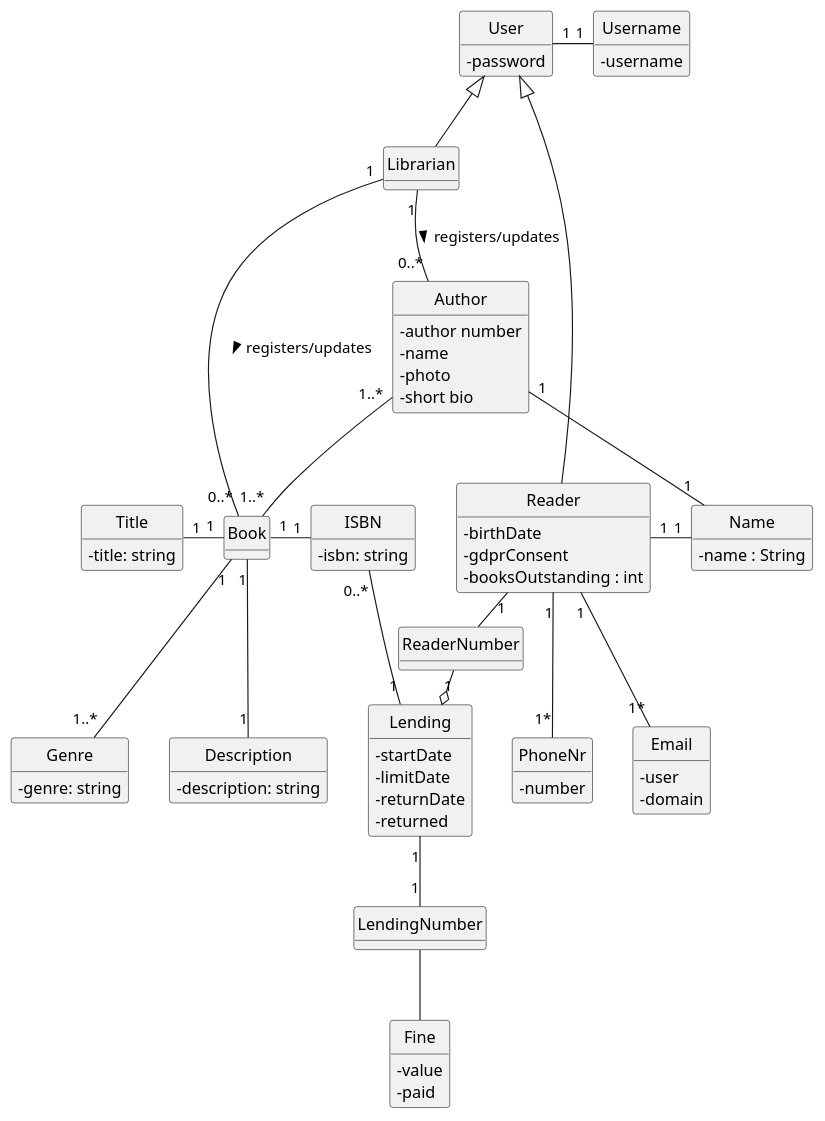
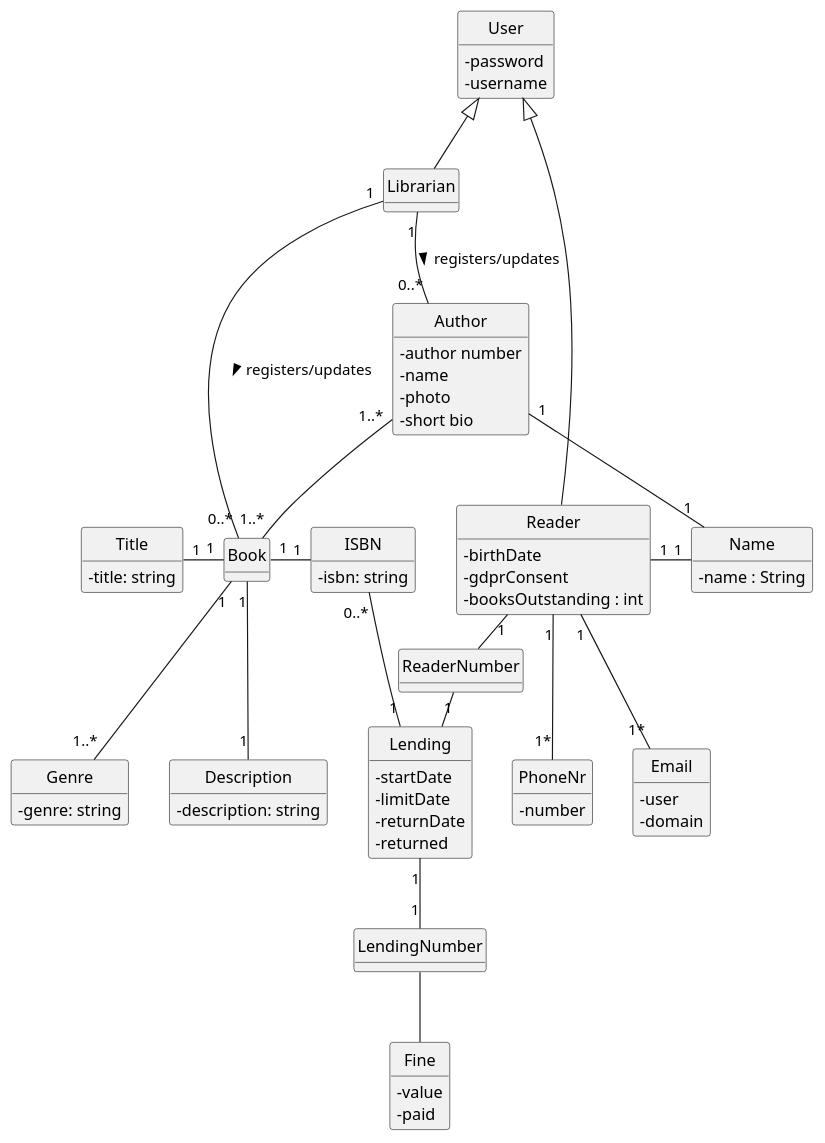
The diagram in Docs/GlobalArtifacts/DomainModel.puml (rutemf/1220944_1220772_G01), drawn with PlantUML before and after one commit. The commit also changed 9 other files, not shown here.

```diff
--- a/Docs/GlobalArtifacts/DomainModel.puml
+++ b/Docs/GlobalArtifacts/DomainModel.puml
@@ -1,108 +1,106 @@
 @startuml
 'https://plantuml.com/class-diagram
 skinparam classAttributeIconSize 0
 hide circle
 hide methods
 
 class User{
     - password
+    - username
+
 }
 
-class Username{
-    - username
-}
 
 class Librarian extends User{
 }
 
 class ISBN{
 /'temos que implementar alguma validação?'/
 /'https://en.wikipedia.org/wiki/ISBN'/
     - isbn: string
 }
 
 class Title{
 /'regras?'/
     - title: string
 }
 
 class Genre{
 /'escolhido de uma lista?'/
     - genre: string
 }
 
 class Description{
 /'limite de caractéres?'/
     - description: string
 }
 
 class Book {
 }
 
 class Author {
     - author number
     - name
     - photo
     - short bio
     /'perguntar '/
    }
 
 class Reader extends User{
     - birthDate /'limite inferior/superior? '/
     - gdprConsent /'que implicações tem?'/
     - booksOutstanding : int /'TODO: Perguntar se faz sentido contar no Reader'/
 }
 
 class ReaderNumber {
 }
 
 class Lending {
     - startDate
     - limitDate
     - returnDate
     - returned
 }
 
 class Fine {
     - value
     - paid
 }
 
 class LendingNumber
 
 
 class PhoneNr {
 /'como fazer a validação?'/
     - number
 }
 
 class Email {
     /'perguntar se o domínio tem que ser validado?'/
     /'há domínios restritos?'/
     - user
     - domain
 }
 
 class Name {
     - name : String
 }
 
 Librarian "1" -- "0..*" Author : registers/updates >
 Librarian "1" -- "0..*" Book : registers/updates >
 Book "1..*" -up- "1..*"  Author
 Reader "1" -- "1*" PhoneNr  /'mais que um?'/
 Reader "1" -- "1*" Email   /'mais que um?'/
-ReaderNumber "1" -o Lending
+ReaderNumber "1" - Lending
 Reader "1" - ReaderNumber
 Lending "1" -up- "0..*" ISBN
 Book "1" - "1" ISBN
 Book "1" -left- "1" Title
 Book  "1" -- "1..*"  Genre
 Book  "1" -- "1"  Description
 Lending "1" -- "1" LendingNumber
 LendingNumber -- Fine
 Reader "1" - "1" Name
 Author "1" -down- "1" Name
-User "1" - "1" Username
 
 @enduml
```
